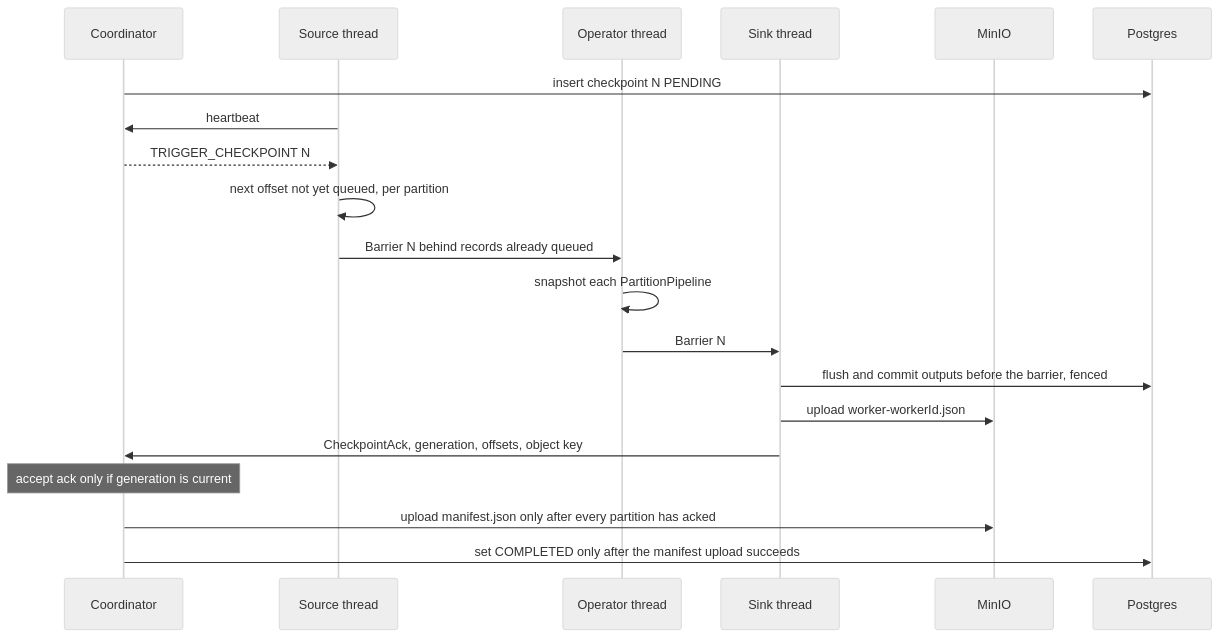
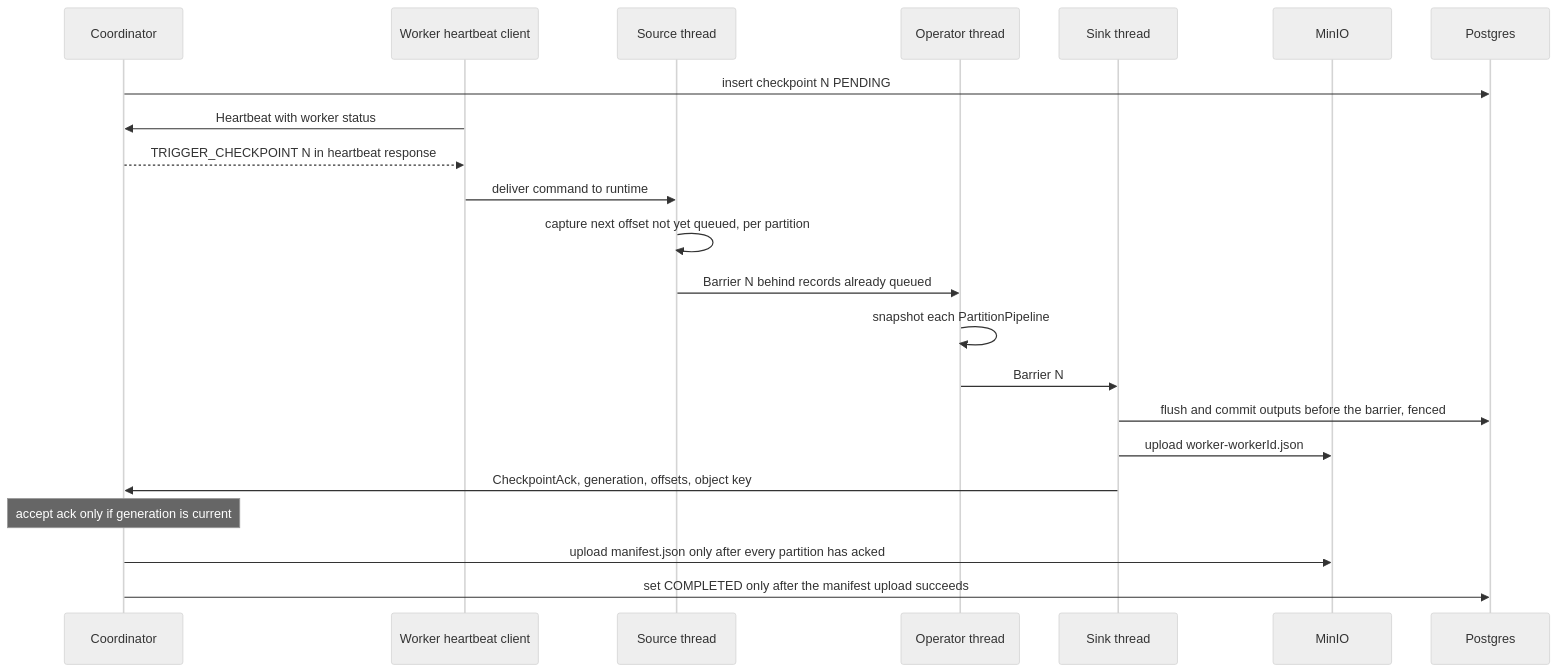
One commit to VivekTiwary-25/AetherStream changed the third of 7 diagrams in docs/architecture.md. Above: the diagram before and after it, drawn with Mermaid (neutral theme). The commit also changed other lines of this file and 1 other file, not shown here.

Commit message:
task t261119-0739-6cf1: T109 architecture.md update + sequence diagrams (vivek-pc/codex-luna)

````diff
--- a/docs/architecture.md
+++ b/docs/architecture.md
@@ -277,23 +277,25 @@
 ```mermaid
 sequenceDiagram
   participant C as Coordinator
+  participant W as Worker heartbeat client
   participant Src as Source thread
   participant Op as Operator thread
   participant Sink as Sink thread
   participant S3 as MinIO
   participant PG as Postgres
 
   C->>PG: insert checkpoint N PENDING
-  Src->>C: heartbeat
-  C-->>Src: TRIGGER_CHECKPOINT N
-  Src->>Src: next offset not yet queued, per partition
+  W->>C: Heartbeat with worker status
+  C-->>W: TRIGGER_CHECKPOINT N in heartbeat response
+  W->>Src: deliver command to runtime
+  Src->>Src: capture next offset not yet queued, per partition
   Src->>Op: Barrier N behind records already queued
   Op->>Op: snapshot each PartitionPipeline
   Op->>Sink: Barrier N
   Sink->>PG: flush and commit outputs before the barrier, fenced
   Sink->>S3: upload worker-workerId.json
   Sink->>C: CheckpointAck, generation, offsets, object key
   Note over C: accept ack only if generation is current
   C->>S3: upload manifest.json only after every partition has acked
   C->>PG: set COMPLETED only after the manifest upload succeeds
 ```
````
